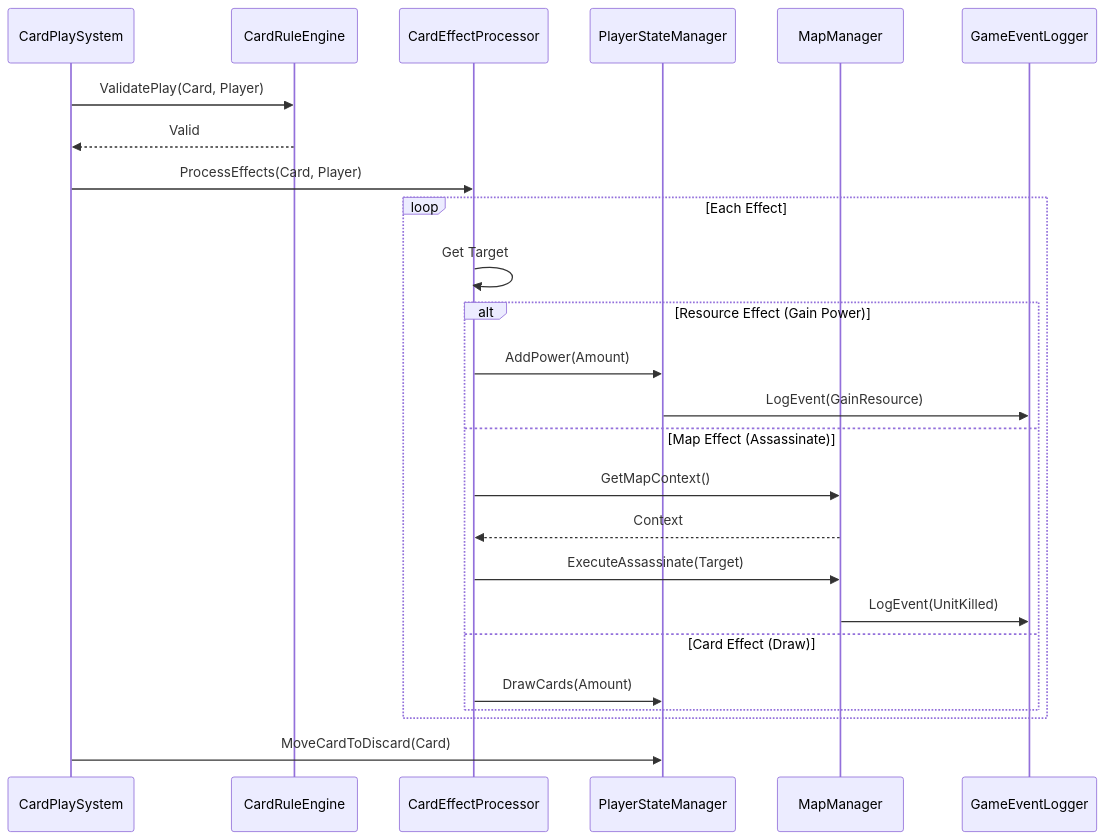
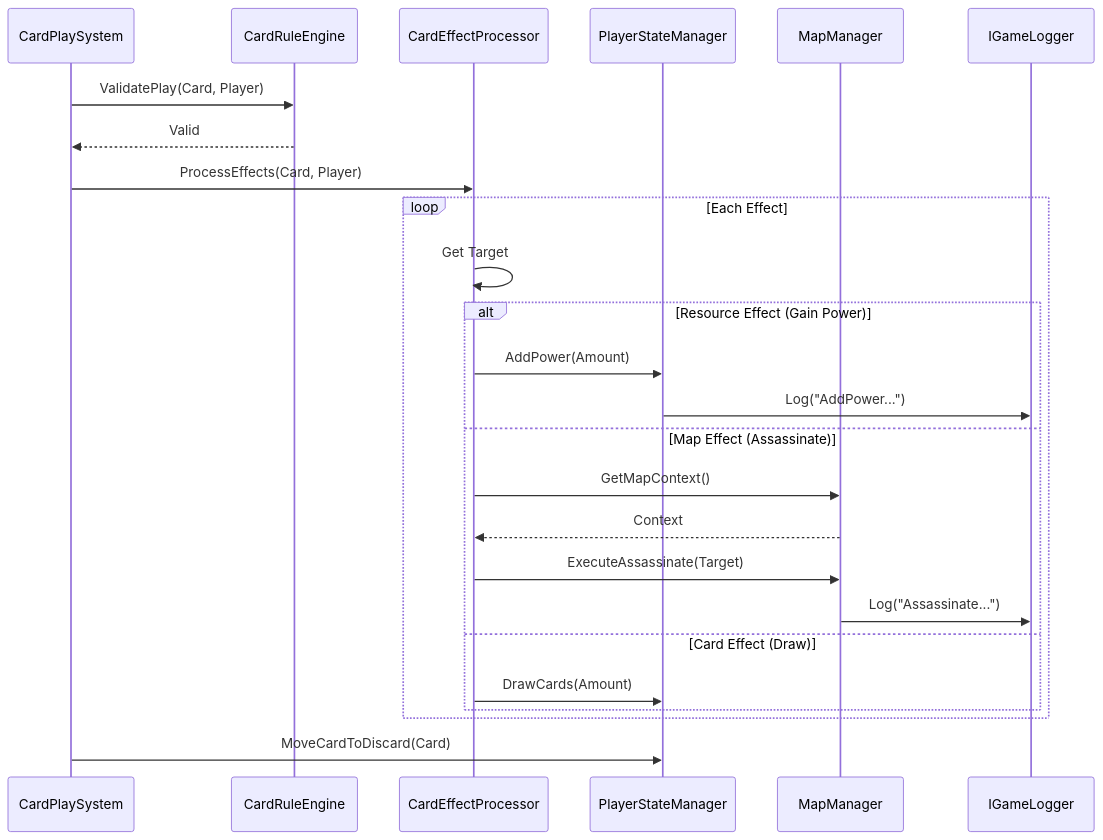
Diagram 12 of 26 in docs/game-logic-flow.md (Itzoqq/ChaosWarlords), drawn with Mermaid before and after one commit. The commit also changed other lines of this file and 13 other files, not shown here.

First line of the commit message:
Delete EventManager/GameEventLogger - fully dormant, zero production wiring

````diff
--- a/docs/game-logic-flow.md
+++ b/docs/game-logic-flow.md
@@ -504,31 +468,31 @@
 ```mermaid
 sequenceDiagram
     participant PlaySys as CardPlaySystem
     participant RuleEng as CardRuleEngine
     participant Processor as CardEffectProcessor
     participant PlayerState as PlayerStateManager
     participant MapMgr as MapManager
-    participant Log as GameEventLogger
+    participant Log as IGameLogger
 
     PlaySys->>RuleEng: ValidatePlay(Card, Player)
     RuleEng-->>PlaySys: Valid
     PlaySys->>Processor: ProcessEffects(Card, Player)
     
     loop Each Effect
         Processor->>Processor: Get Target
         
         alt Resource Effect (Gain Power)
             Processor->>PlayerState: AddPower(Amount)
-            PlayerState->>Log: LogEvent(GainResource)
+            PlayerState->>Log: Log("AddPower...")
         else Map Effect (Assassinate)
             Processor->>MapMgr: GetMapContext()
             MapMgr-->>Processor: Context
             Processor->>MapMgr: ExecuteAssassinate(Target)
-            MapMgr->>Log: LogEvent(UnitKilled)
+            MapMgr->>Log: Log("Assassinate...")
         else Card Effect (Draw)
             Processor->>PlayerState: DrawCards(Amount)
         end
     end
     
     PlaySys->>PlayerState: MoveCardToDiscard(Card)
 ```
````
